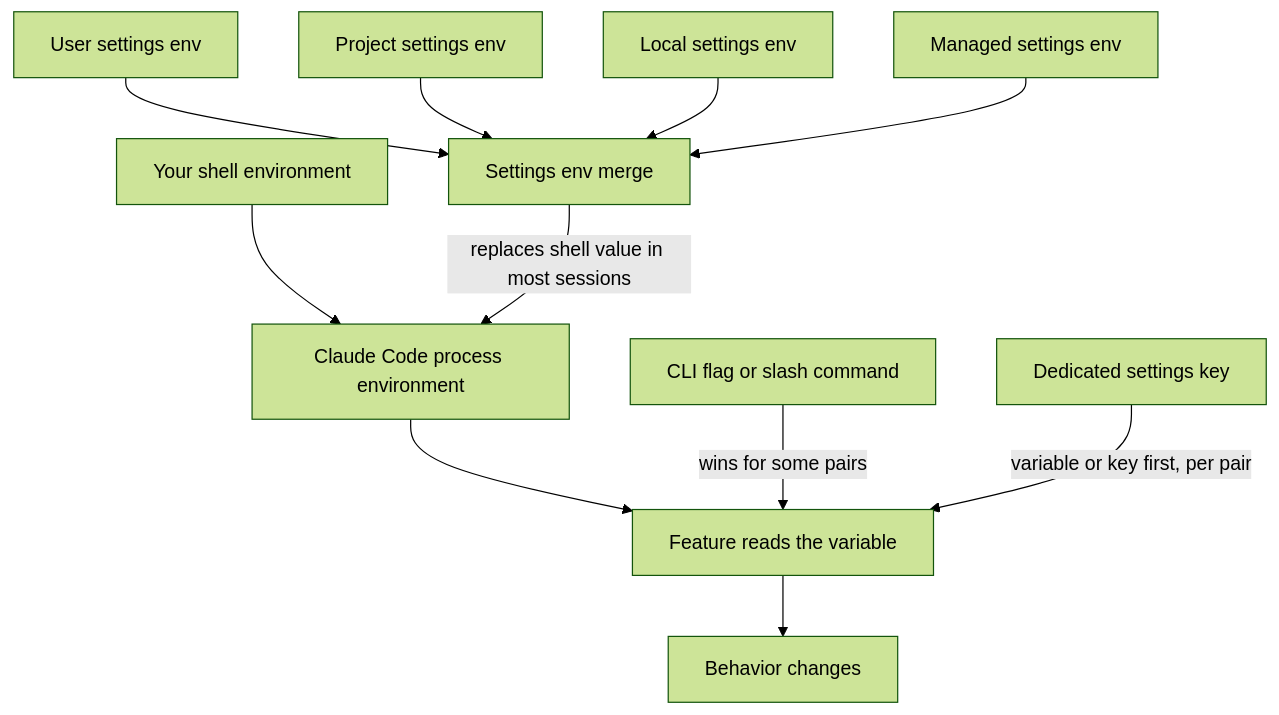
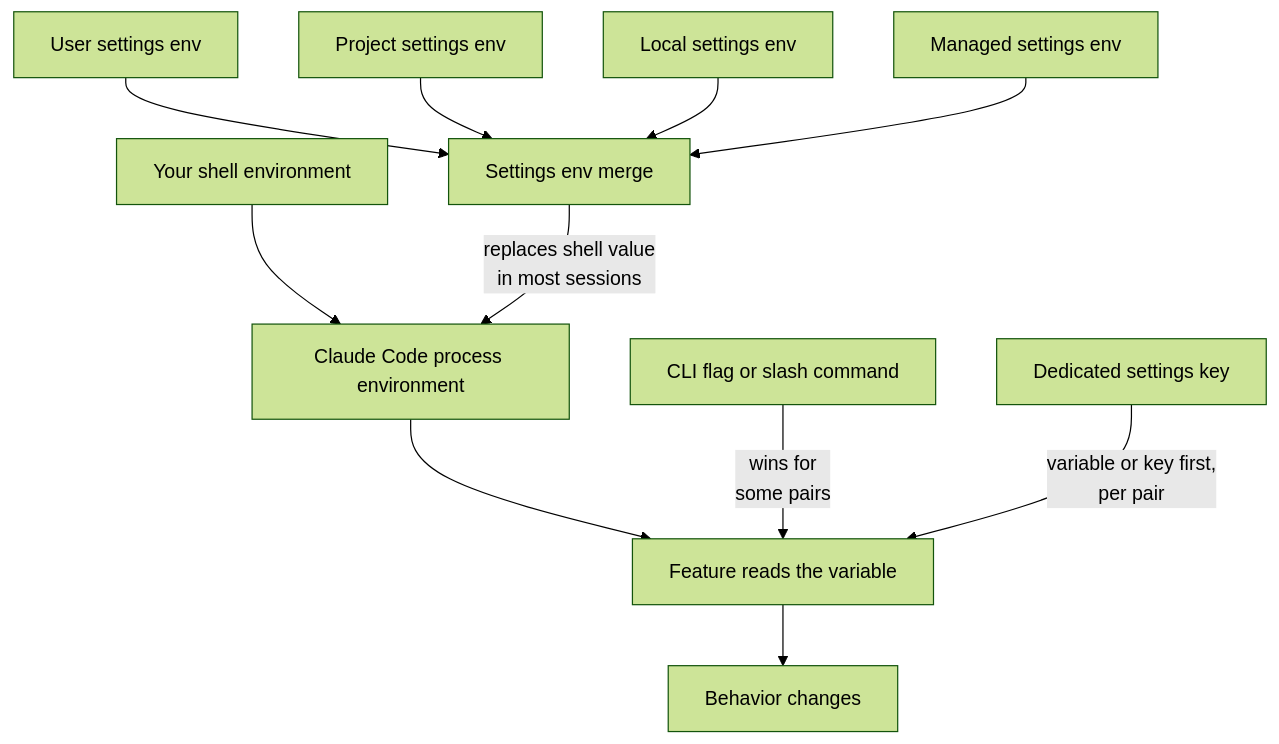
One commit to xsyetopz/claude-code-docs changed the diagram in docs/configure/env-vars/index.md. Above: the diagram before and after it, drawn with Mermaid (forest theme). The commit also changed other lines of this file and 106 other files, not shown here.

````diff
--- a/docs/configure/env-vars/index.md
+++ b/docs/configure/env-vars/index.md
@@ -28,13 +28,13 @@
 ```mermaid
 flowchart TD
   Shell[Your shell environment] --> Proc[Claude Code process environment]
   User[User settings env] --> Merge[Settings env merge]
   Project[Project settings env] --> Merge
   Local[Local settings env] --> Merge
   Managed[Managed settings env] --> Merge
-  Merge -->|replaces shell value in most sessions| Proc
+  Merge -->|"replaces shell value<br/>in most sessions"| Proc
   Proc --> Read[Feature reads the variable]
-  Flag[CLI flag or slash command] -->|wins for some pairs| Read
-  Key[Dedicated settings key] -->|variable or key first, per pair| Read
+  Flag[CLI flag or slash command] -->|"wins for<br/>some pairs"| Read
+  Key[Dedicated settings key] -->|"variable or key first,<br/>per pair"| Read
   Read --> Effect[Behavior changes]
 ```
````
